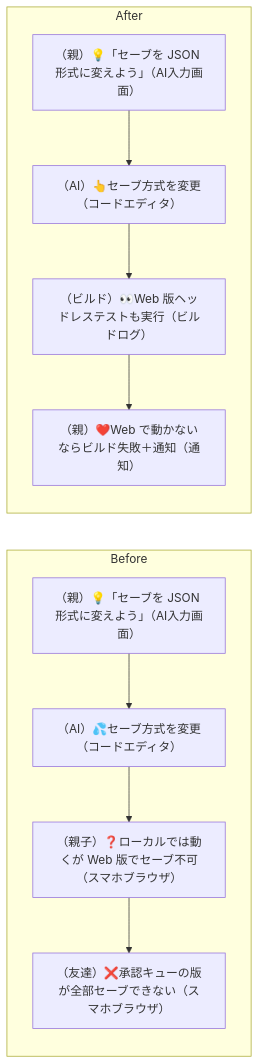
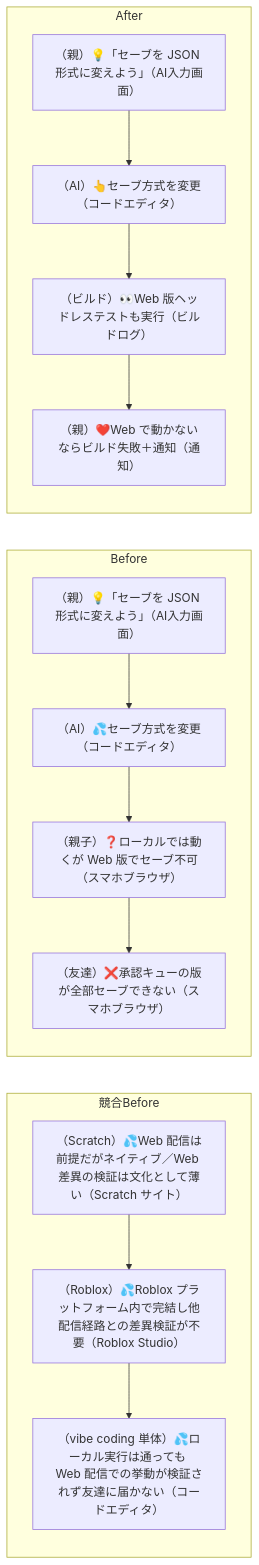
Diagram 42 of 42 in docs/customer-journeys.md (tatsuro-ueda/code-quest-pyxel), drawn with Mermaid before and after one commit. The commit also changed other lines of this file and 1 other file, not shown here.

````diff
--- a/docs/customer-journeys.md
+++ b/docs/customer-journeys.md
@@ -1305,15 +1347,20 @@
 ```mermaid
 flowchart LR
+    subgraph Competitor["競合Before"]
+        C1[（Scratch）💦Web 配信は前提だがネイティブ／Web 差異の検証は文化として薄い（Scratch サイト）]
+        C1 --> C2[（Roblox）💦Roblox プラットフォーム内で完結し他配信経路との差異検証が不要（Roblox Studio）]
+        C2 --> C3[（vibe coding 単体）💦ローカル実行は通っても Web 配信での挙動が検証されず友達に届かない（コードエディタ）]
+    end
     subgraph Before["Before"]
         B1[（親）💡「セーブを JSON 形式に変えよう」（AI入力画面）]
         B1 --> B2[（AI）💦セーブ方式を変更（コードエディタ）]
         B2 --> B3[（親子）❓ローカルでは動くが Web 版でセーブ不可（スマホブラウザ）]
         B3 --> B4[（友達）❌承認キューの版が全部セーブできない（スマホブラウザ）]
     end
     subgraph After["After"]
         A1[（親）💡「セーブを JSON 形式に変えよう」（AI入力画面）]
         A1 --> A2[（AI）👆セーブ方式を変更（コードエディタ）]
         A2 --> A3[（ビルド）👀Web 版ヘッドレステストも実行（ビルドログ）]
         A3 --> A4[（親）❤️Web で動かないならビルド失敗＋通知（通知）]
     end
 ```
````
